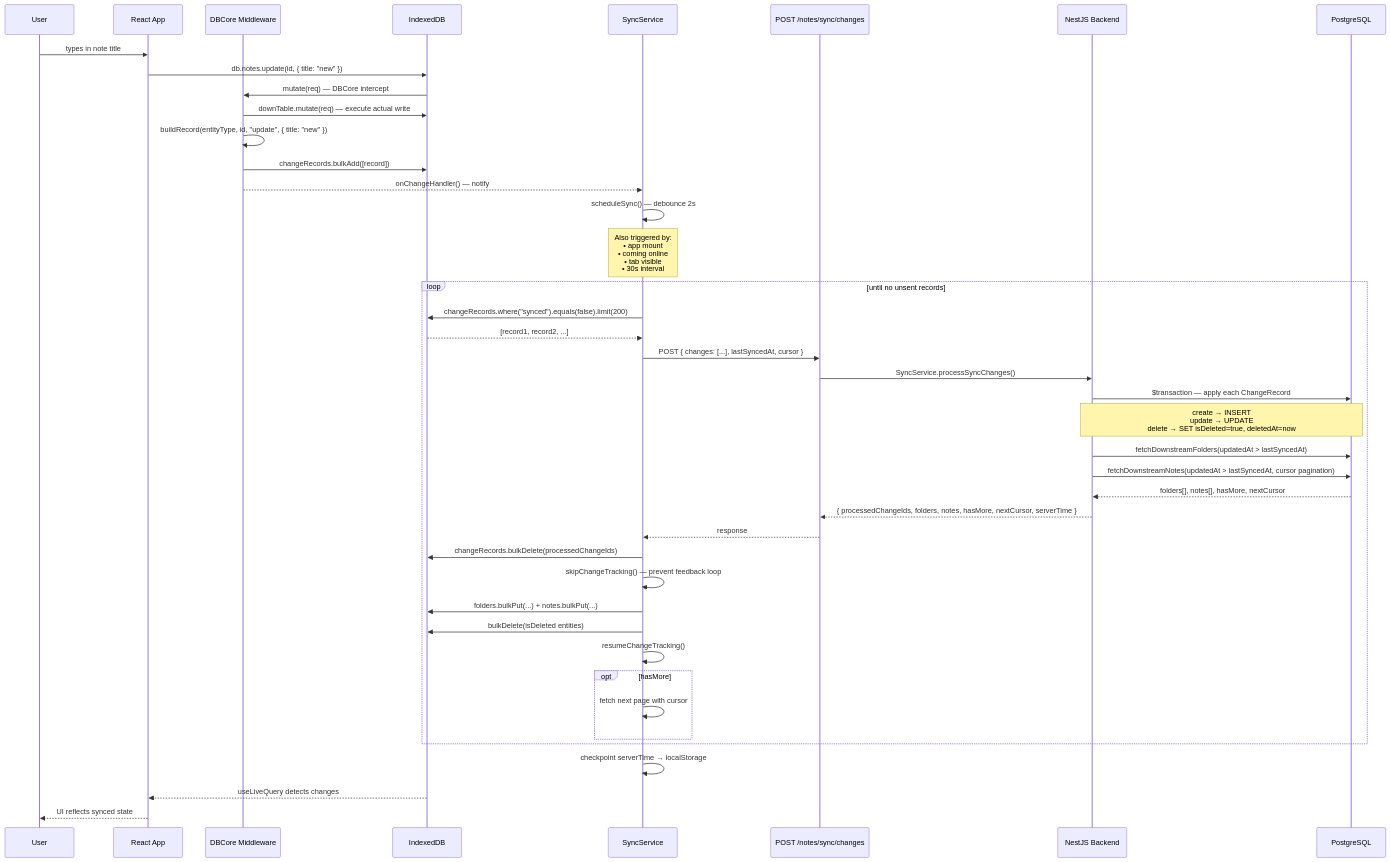
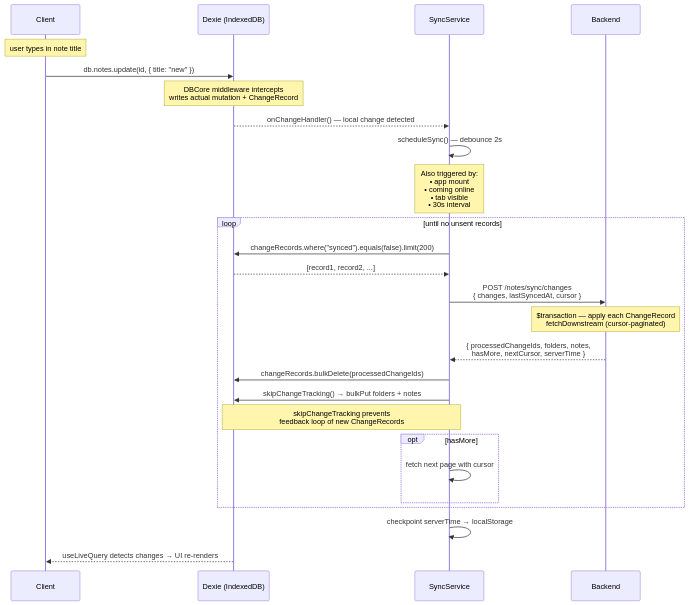
One commit to nurullah408/SyncNotes_Frontend changed the diagram in README.md. Above: the diagram before and after it, drawn with Mermaid.

Commit message:
chore: Updated Readme to make mermaid diagram more digestable and clearer

````diff
--- a/README.md
+++ b/README.md
@@ -7,62 +7,42 @@
 ```mermaid
 sequenceDiagram
-    participant User
-    participant App as React App
-    participant MW as DBCore Middleware
-    participant IDB as IndexedDB
+    participant Client
+    participant Dexie as Dexie (IndexedDB)
     participant SS as SyncService
-    participant API as POST /notes/sync/changes
-    participant BE as NestJS Backend
-    participant DB as PostgreSQL
+    participant API as Backend
 
     %% ── Local mutation ──
-    User->>App: types in note title
-    App->>IDB: db.notes.update(id, { title: "new" })
-    IDB->>MW: mutate(req) — DBCore intercept
-    MW->>IDB: downTable.mutate(req) — execute actual write
-    MW->>MW: buildRecord(entityType, id, "update", { title: "new" })
-    MW->>IDB: changeRecords.bulkAdd([record])
-    MW-->>SS: onChangeHandler() — notify
+    Note over Client: user types in note title
+    Client->>Dexie: db.notes.update(id, { title: "new" })
+    Note over Dexie: DBCore middleware intercepts<br/>writes actual mutation + ChangeRecord
+    Dexie-->>SS: onChangeHandler() — local change detected
 
     %% ── Sync scheduling ──
     SS->>SS: scheduleSync() — debounce 2s
     Note over SS: Also triggered by:<br/>• app mount<br/>• coming online<br/>• tab visible<br/>• 30s interval
 
     %% ── Drain loop ──
     loop until no unsent records
-        SS->>IDB: changeRecords.where("synced").equals(false).limit(200)
-        IDB-->>SS: [record1, record2, ...]
+        SS->>Dexie: changeRecords.where("synced").equals(false).limit(200)
+        Dexie-->>SS: [record1, record2, ...]
 
-        SS->>API: POST { changes: [...], lastSyncedAt, cursor }
-        API->>BE: SyncService.processSyncChanges()
-
-        %% ── Backend processing ──
-        BE->>DB: $transaction — apply each ChangeRecord
-        Note over BE,DB: create → INSERT<br/>update → UPDATE<br/>delete → SET isDeleted=true, deletedAt=now
-
-        BE->>DB: fetchDownstreamFolders(updatedAt > lastSyncedAt)
-        BE->>DB: fetchDownstreamNotes(updatedAt > lastSyncedAt, cursor pagination)
-        DB-->>BE: folders[], notes[], hasMore, nextCursor
-
-        BE-->>API: { processedChangeIds, folders, notes, hasMore, nextCursor, serverTime }
-        API-->>SS: response
+        SS->>API: POST /notes/sync/changes<br/>{ changes, lastSyncedAt, cursor }
+        Note over API: $transaction — apply each ChangeRecord<br/>fetchDownstream (cursor-paginated)
+        API-->>SS: { processedChangeIds, folders, notes,<br/>hasMore, nextCursor, serverTime }
 
         %% ── Apply results ──
-        SS->>IDB: changeRecords.bulkDelete(processedChangeIds)
-        SS->>SS: skipChangeTracking() — prevent feedback loop
-        SS->>IDB: folders.bulkPut(...) + notes.bulkPut(...)
-        SS->>IDB: bulkDelete(isDeleted entities)
-        SS->>SS: resumeChangeTracking()
+        SS->>Dexie: changeRecords.bulkDelete(processedChangeIds)
+        SS->>Dexie: skipChangeTracking() → bulkPut folders + notes
+        Note over SS,Dexie: skipChangeTracking prevents<br/>feedback loop of new ChangeRecords
 
         %% ── Downstream pagination ──
         opt hasMore
             SS->>SS: fetch next page with cursor
         end
     end
 
     SS->>SS: checkpoint serverTime → localStorage
 
     %% ── UI updates ──
-    IDB-->>App: useLiveQuery detects changes
-    App-->>User: UI reflects synced state
+    Dexie-->>Client: useLiveQuery detects changes → UI re-renders
 ```
````
